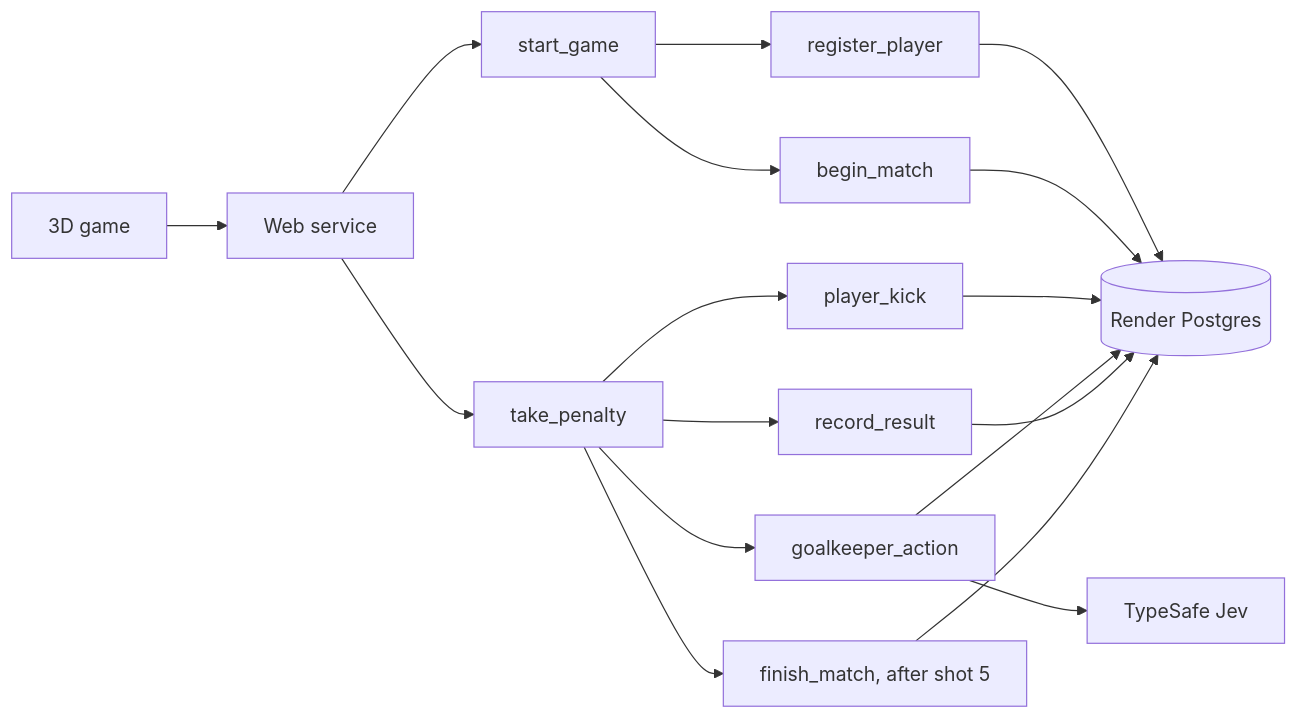
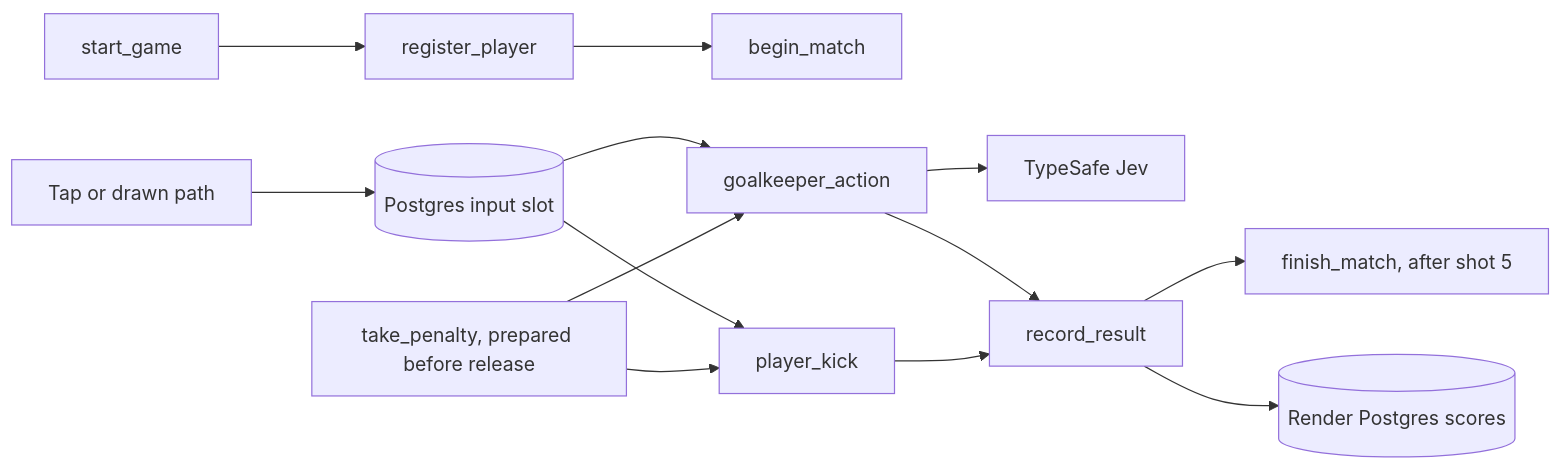
Before and after one commit to femisapien/beat-jev: the diagram in docs/architecture.md, drawn with Mermaid. The commit also changed other lines of this file and 32 other files, not shown here.

Commit message:
Run penalty tasks in parallel and start drawn shots on release

````diff
--- a/docs/architecture.md
+++ b/docs/architecture.md
@@ -3,14 +3,15 @@
 ```mermaid
 flowchart LR
-  UI[3D game] --> API[Web service]
-  API --> Start[start_game]
-  Start --> Player[register_player]
-  Start --> Begin[begin_match]
-  API --> Turn[take_penalty]
-  Turn --> Submit[player_kick]
+  Start[start_game] --> Player[register_player]
+  Player --> Begin[begin_match]
+  Turn[take_penalty, prepared before release] --> Kick[player_kick]
   Turn --> Keeper[goalkeeper_action]
+  Input[(Postgres input slot)] --> Kick
+  Input --> Keeper
+  UI[Tap or drawn path] --> Input
   Keeper --> Jev[TypeSafe Jev]
-  Turn --> Record[record_result]
-  Turn --> Finish[finish_match, after shot 5]
-  Player & Begin & Submit & Keeper & Record & Finish --> DB[(Render Postgres)]
+  Kick --> Record[record_result]
+  Keeper --> Record
+  Record --> Finish[finish_match, after shot 5]
+  Record --> DB[(Render Postgres scores)]
 ```
````
